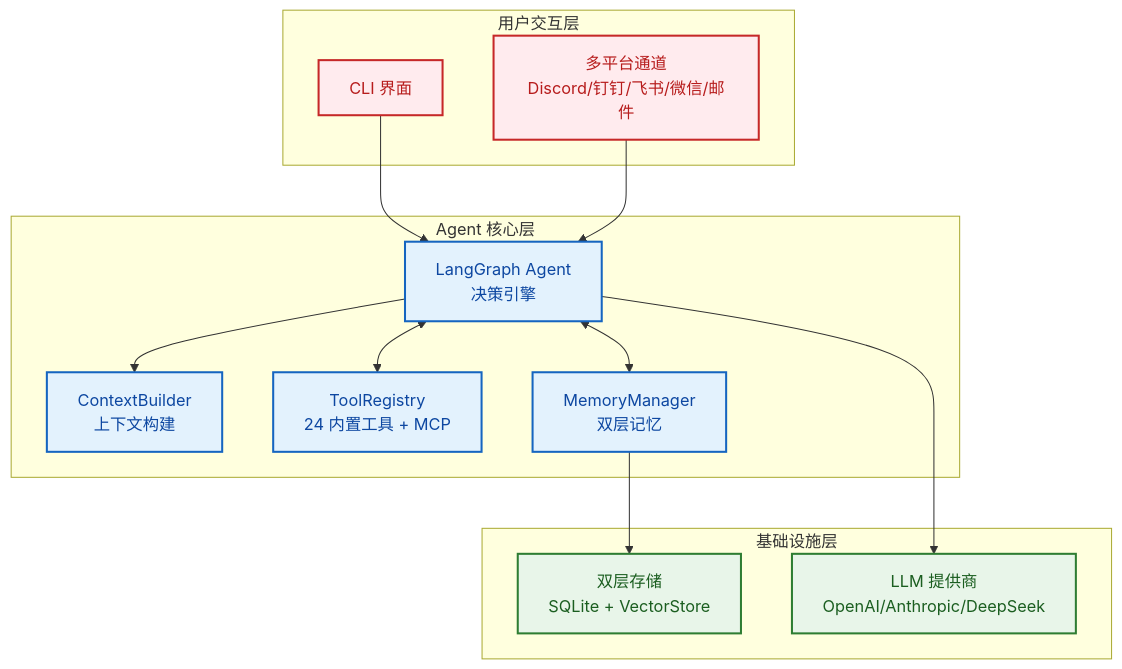
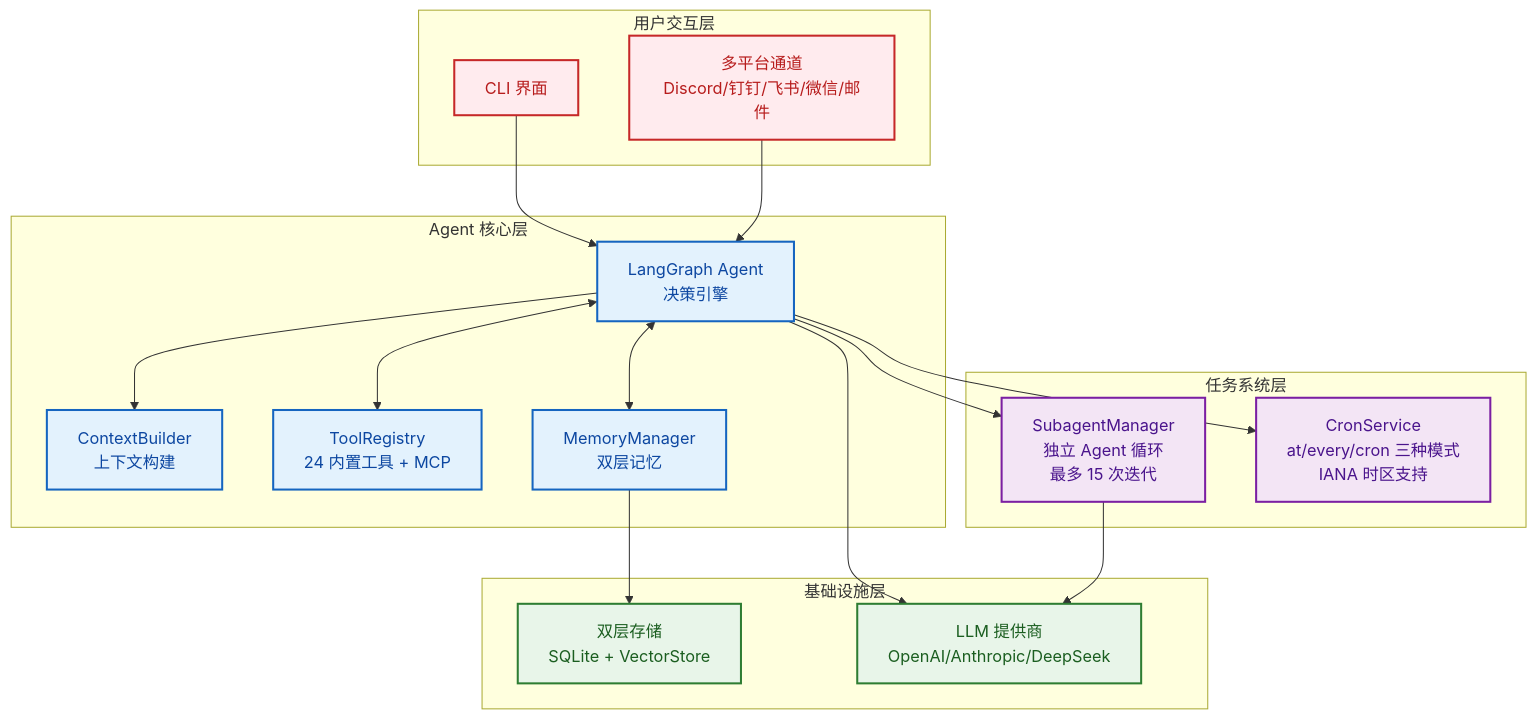
One commit to zhangjingyuan177-hue/FinchBot changed the second of 15 diagrams in docs/zh-CN/blog/finchbot-flexible-ai-agent-framework.md. Above: the diagram before and after it, drawn with Mermaid. The commit also changed other lines of this file and 8 other files, not shown here.

First line of the commit message:
docs: 全面更新文档，反映 CronService 和 SubagentManager 改进

````diff
--- a/docs/zh-CN/blog/finchbot-flexible-ai-agent-framework.md
+++ b/docs/zh-CN/blog/finchbot-flexible-ai-agent-framework.md
@@ -127,33 +127,42 @@
 ```mermaid
 graph TB
     classDef uiLayer fill:#ffebee,stroke:#c62828,stroke-width:2px,color:#b71c1c;
     classDef coreLayer fill:#e3f2fd,stroke:#1565c0,stroke-width:2px,color:#0d47a1;
+    classDef taskLayer fill:#f3e5f5,stroke:#7b1fa2,stroke-width:2px,color:#4a148c;
     classDef infraLayer fill:#e8f5e9,stroke:#2e7d32,stroke-width:2px,color:#1b5e20;
 
     subgraph UI [用户交互层]
         CLI[CLI 界面]:::uiLayer
         Channels[多平台通道<br/>Discord/钉钉/飞书/微信/邮件]:::uiLayer
     end
 
     subgraph Core [Agent 核心层]
         Agent[LangGraph Agent<br/>决策引擎]:::coreLayer
         Context[ContextBuilder<br/>上下文构建]:::coreLayer
         Tools[ToolRegistry<br/>24 内置工具 + MCP]:::coreLayer
         Memory[MemoryManager<br/>双层记忆]:::coreLayer
     end
 
+    subgraph Task [任务系统层]
+        SubagentMgr[SubagentManager<br/>独立 Agent 循环<br/>最多 15 次迭代]:::taskLayer
+        CronSvc[CronService<br/>at/every/cron 三种模式<br/>IANA 时区支持]:::taskLayer
+    end
+
     subgraph Infra [基础设施层]
         Storage[双层存储<br/>SQLite + VectorStore]:::infraLayer
         LLM[LLM 提供商<br/>OpenAI/Anthropic/DeepSeek]:::infraLayer
     end
 
     CLI --> Agent
     Channels --> Agent
 
     Agent --> Context
     Agent <--> Tools
     Agent <--> Memory
+    Agent --> SubagentMgr
+    Agent --> CronSvc
 
     Memory --> Storage
     Agent --> LLM
+    SubagentMgr --> LLM
 ```
````
